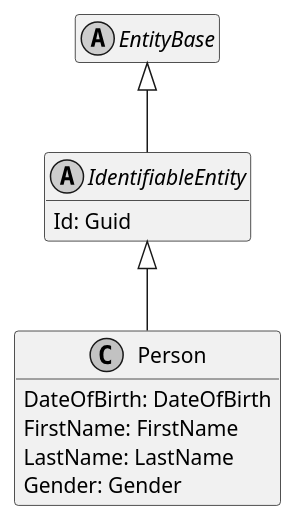
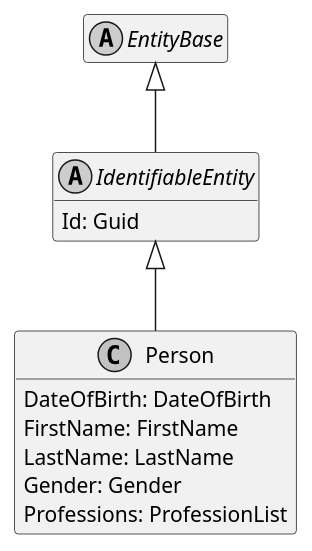
One commit to ObiWanLansi/DoofesZeug changed the diagram in Documentation/Generated/Models/DoofesZeug.Models.Human/Person.puml. Above: the diagram before and after it, drawn with PlantUML. The commit also changed 24 other files, not shown here.

```diff
--- a/Documentation/Generated/Models/DoofesZeug.Models.Human/Person.puml
+++ b/Documentation/Generated/Models/DoofesZeug.Models.Human/Person.puml
@@ -1,23 +1,24 @@
 @startuml
 skinparam monochrome true
 hide empty members
 
 abstract class EntityBase {
 }
 
 EntityBase <|-- IdentifiableEntity
 
 abstract class IdentifiableEntity {
     Id: Guid
 }
 
 IdentifiableEntity <|-- Person
 
 class Person {
     DateOfBirth: DateOfBirth
     FirstName: FirstName
     LastName: LastName
     Gender: Gender
+    Professions: ProfessionList
 }
 
 @enduml
```
